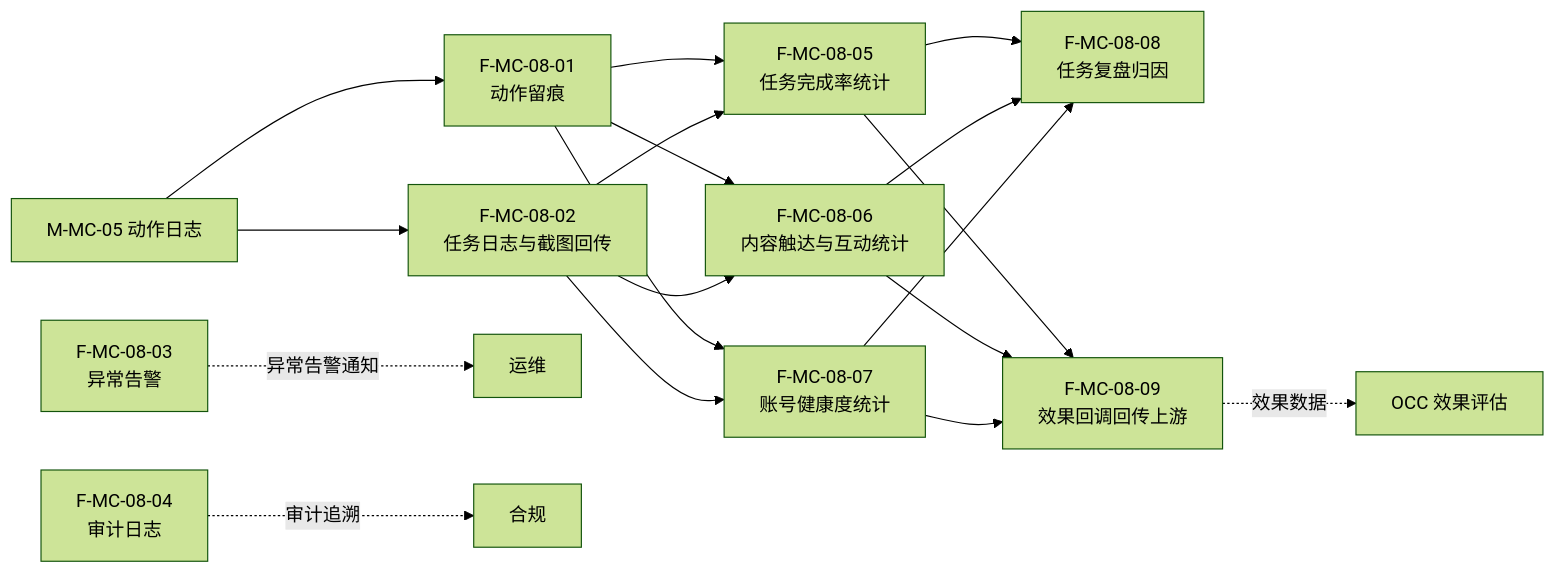
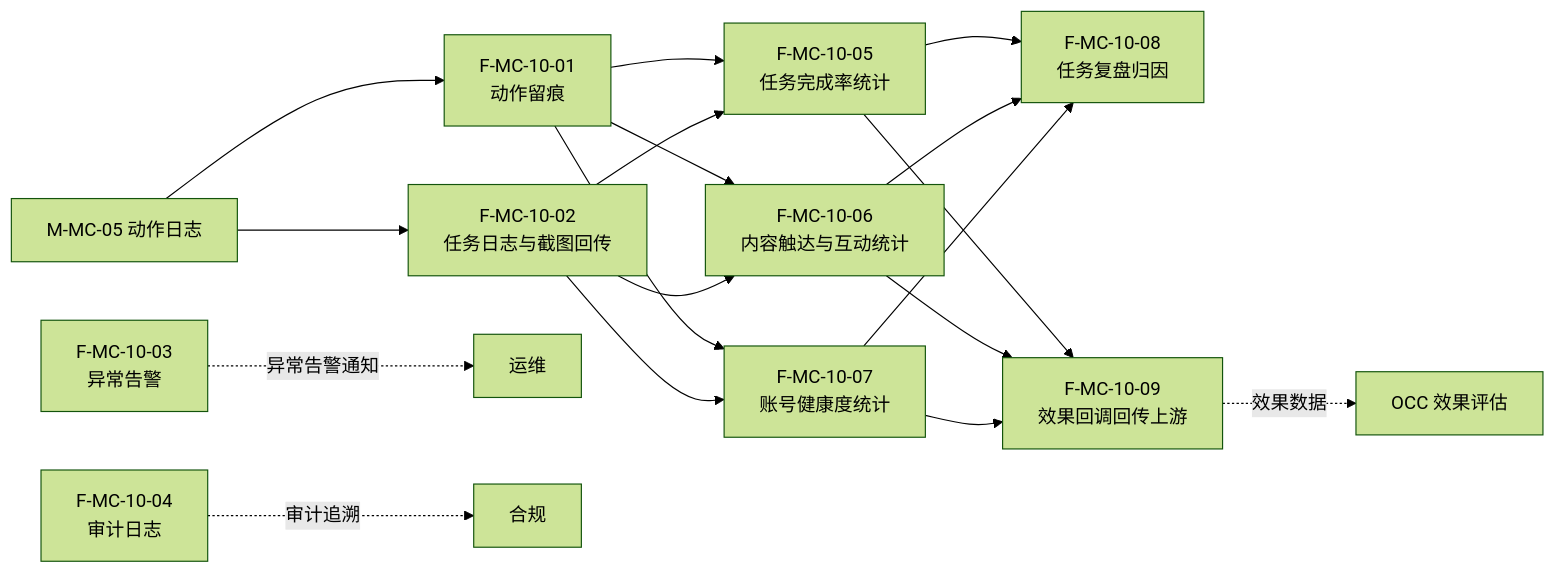
Before and after one commit to Sj-g/obsidian: diagram 17 of 49 in 公司项目/认知作战/文档/软件概要设计-架构图.md, drawn with Mermaid (forest theme). The commit also changed other lines of this file, not shown here.

````diff
--- a/公司项目/认知作战/文档/软件概要设计-架构图.md
+++ b/公司项目/认知作战/文档/软件概要设计-架构图.md
@@ -319,20 +346,20 @@
 ```mermaid
 flowchart LR
-    F0801["F-MC-08-01<br/>动作留痕"]
-    F0802["F-MC-08-02<br/>任务日志与截图回传"]
-    F0803["F-MC-08-03<br/>异常告警"]
-    F0804["F-MC-08-04<br/>审计日志"]
-    F0805["F-MC-08-05<br/>任务完成率统计"]
-    F0806["F-MC-08-06<br/>内容触达与互动统计"]
-    F0807["F-MC-08-07<br/>账号健康度统计"]
-    F0808["F-MC-08-08<br/>任务复盘归因"]
-    F0809["F-MC-08-09<br/>效果回调回传上游"]
+    F1001["F-MC-10-01<br/>动作留痕"]
+    F1002["F-MC-10-02<br/>任务日志与截图回传"]
+    F1003["F-MC-10-03<br/>异常告警"]
+    F1004["F-MC-10-04<br/>审计日志"]
+    F1005["F-MC-10-05<br/>任务完成率统计"]
+    F1006["F-MC-10-06<br/>内容触达与互动统计"]
+    F1007["F-MC-10-07<br/>账号健康度统计"]
+    F1008["F-MC-10-08<br/>任务复盘归因"]
+    F1009["F-MC-10-09<br/>效果回调回传上游"]
 
-    EXT["M-MC-05 动作日志"] --> F0801 & F0802
-    F0801 & F0802 --> F0805 & F0806 & F0807
-    F0805 & F0806 & F0807 --> F0808
-    F0805 & F0806 & F0807 --> F0809
-    F0803 -.->|"异常告警通知"| EXT2["运维"]
-    F0804 -.->|"审计追溯"| EXT3["合规"]
-    F0809 -.->|"效果数据"| OCC["OCC 效果评估"]
+    EXT["M-MC-05 动作日志"] --> F1001 & F1002
+    F1001 & F1002 --> F1005 & F1006 & F1007
+    F1005 & F1006 & F1007 --> F1008
+    F1005 & F1006 & F1007 --> F1009
+    F1003 -.->|"异常告警通知"| EXT2["运维"]
+    F1004 -.->|"审计追溯"| EXT3["合规"]
+    F1009 -.->|"效果数据"| OCC["OCC 效果评估"]
 ```
````
